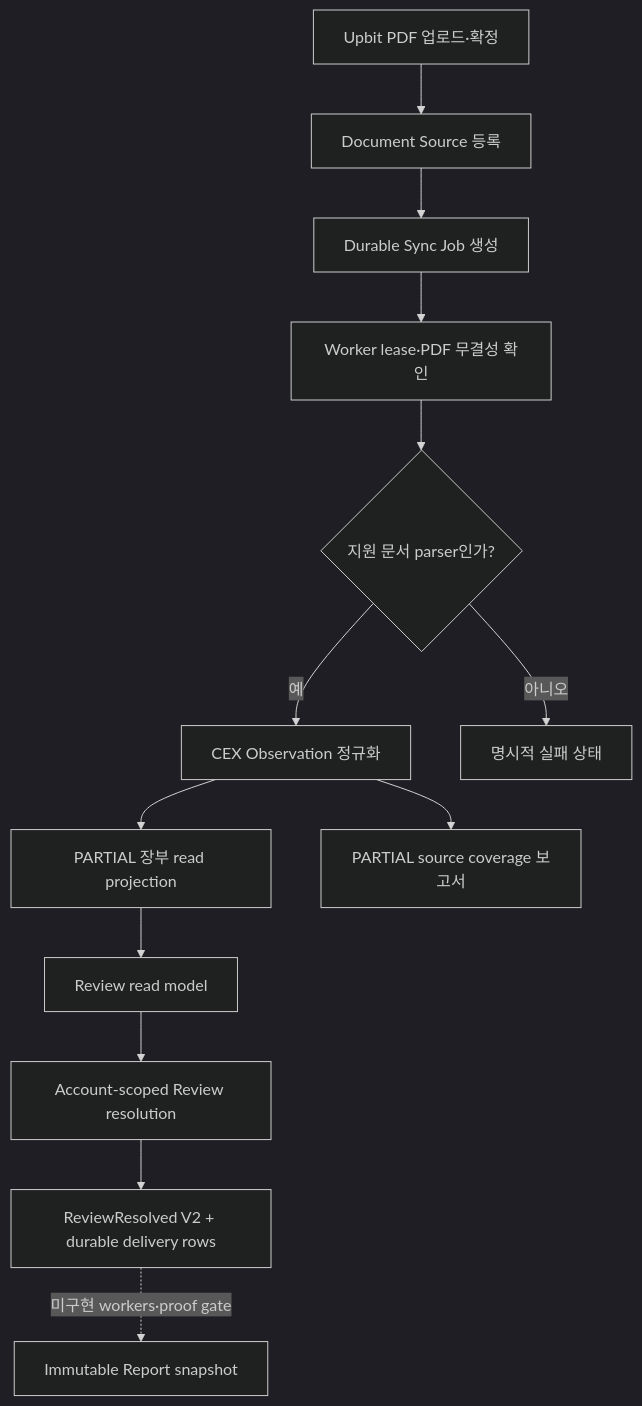
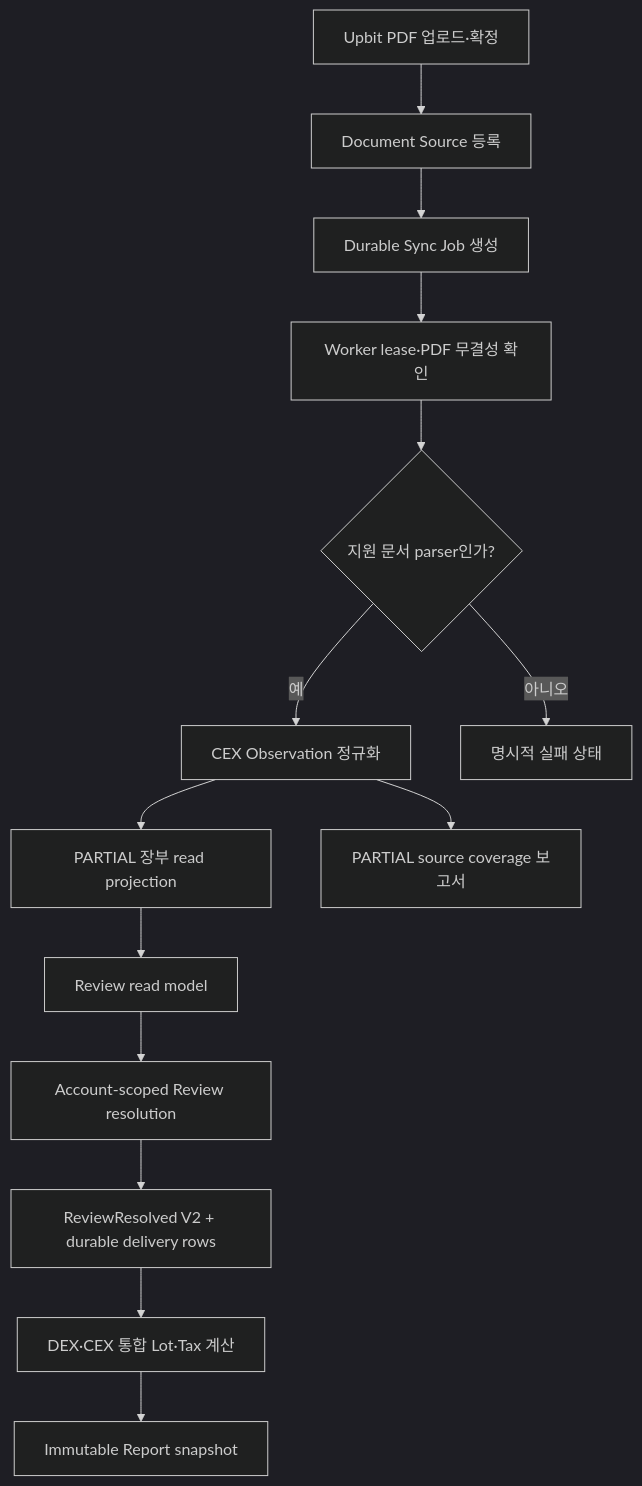
One commit to BackwardLabs/daejang changed the diagram in docs/engine-integration-roadmap.md. Above: the diagram before and after it, drawn with Mermaid (dark theme). The commit also changed other lines of this file and 2 other files, not shown here.

Commit message:
docs: explain the mixed DEX and CEX report flow

````diff
--- a/docs/engine-integration-roadmap.md
+++ b/docs/engine-integration-roadmap.md
@@ -31,15 +31,16 @@
 ```mermaid
 flowchart TD
   upload[Upbit PDF 업로드·확정] --> source[Document Source 등록]
   source --> sync[Durable Sync Job 생성]
   sync --> worker[Worker lease·PDF 무결성 확인]
   worker --> parse{지원 문서 parser인가?}
   parse -->|예| observation[CEX Observation 정규화]
   parse -->|아니오| fail[명시적 실패 상태]
   observation --> activity[PARTIAL 장부 read projection]
   observation --> coverage[PARTIAL source coverage 보고서]
   activity --> review[Review read model]
   review --> resolution[Account-scoped Review resolution]
   resolution --> delivery[ReviewResolved V2 + durable delivery rows]
-  delivery -. 미구현 workers·proof gate .-> report[Immutable Report snapshot]
+  delivery --> tax[DEX·CEX 통합 Lot·Tax 계산]
+  tax --> report[Immutable Report snapshot]
 ```
````
